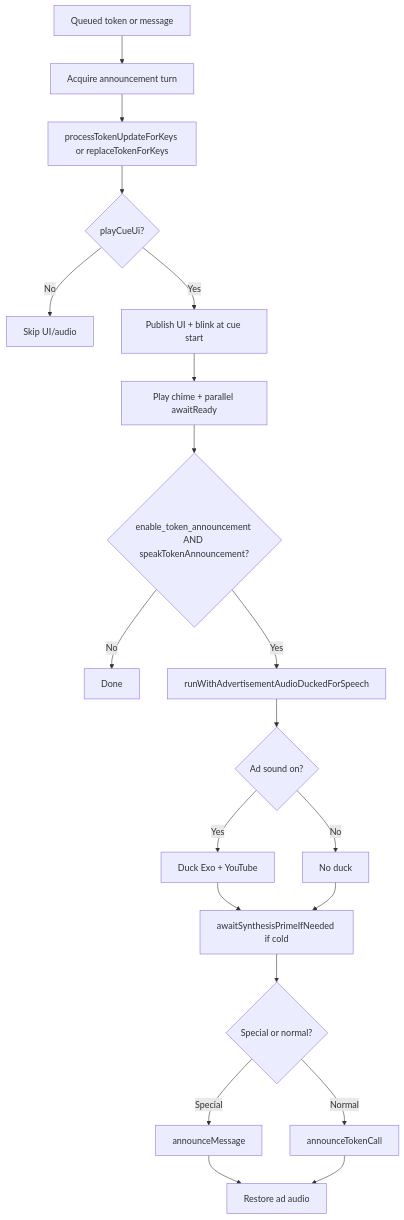
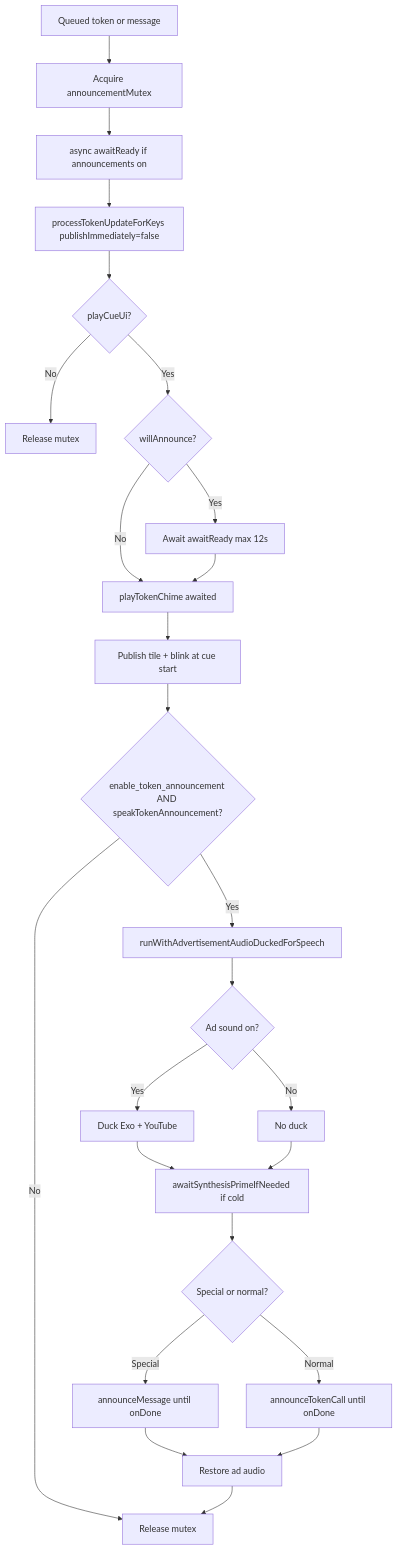
Before and after one commit to AdhiAdithyan/CallQTV: the third of 7 diagrams in docs/SRS_FLOWCHARTS_WIREFRAMES.md, drawn with Mermaid. The commit also changed other lines of this file and 12 other files, not shown here.

````diff
--- a/docs/SRS_FLOWCHARTS_WIREFRAMES.md
+++ b/docs/SRS_FLOWCHARTS_WIREFRAMES.md
@@ -56,22 +56,27 @@
 ```mermaid
 flowchart TD
-    A[Queued token or message] --> B[Acquire announcement turn]
-    B --> C[processTokenUpdateForKeys or replaceTokenForKeys]
+    A[Queued token or message] --> B[Acquire announcementMutex]
+    B --> R[async awaitReady if announcements on]
+    R --> C[processTokenUpdateForKeys publishImmediately=false]
     C --> D{playCueUi?}
-    D -->|No| Z[Skip UI/audio]
-    D -->|Yes| E[Publish UI + blink at cue start]
-    E --> F[Play chime + parallel awaitReady]
-    F --> G{enable_token_announcement AND speakTokenAnnouncement?}
-    G -->|No| Z2[Done]
+    D -->|No| Z[Release mutex]
+    D -->|Yes| W{willAnnounce?}
+    W -->|Yes| AR[Await awaitReady max 12s]
+    W -->|No| CH
+    AR --> CH[playTokenChime awaited]
+    CH --> E[Publish tile + blink at cue start]
+    E --> G{enable_token_announcement AND speakTokenAnnouncement?}
+    G -->|No| Z2[Release mutex]
     G -->|Yes| H[runWithAdvertisementAudioDuckedForSpeech]
     H --> I{Ad sound on?}
     I -->|Yes| J[Duck Exo + YouTube]
     I -->|No| K[No duck]
     J --> L[awaitSynthesisPrimeIfNeeded if cold]
     K --> L
     L --> M{Special or normal?}
-    M -->|Special| N[announceMessage]
-    M -->|Normal| O[announceTokenCall]
+    M -->|Special| N[announceMessage until onDone]
+    M -->|Normal| O[announceTokenCall until onDone]
     N --> P[Restore ad audio]
     O --> P
+    P --> Z2
 ```
````
